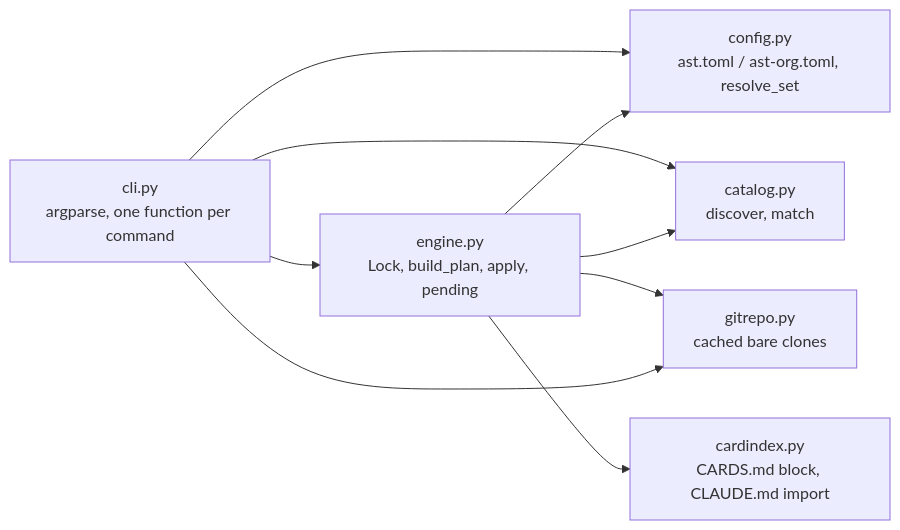
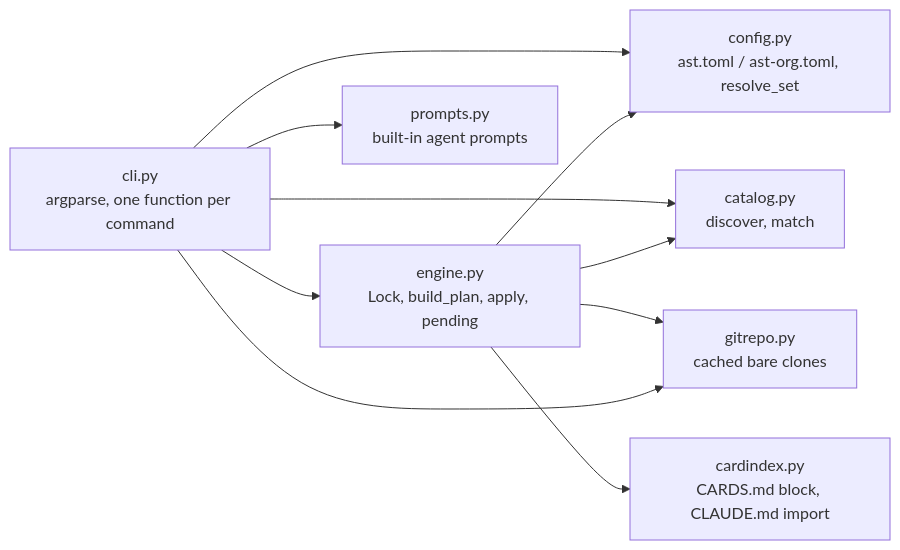
Before and after one commit to epatel/ai-setup-tool: the diagram in cards/architecture.md, drawn with Mermaid. The commit also changed other lines of this file and 7 other files, not shown here.

````diff
--- a/cards/architecture.md
+++ b/cards/architecture.md
@@ -5,11 +5,12 @@
 ```mermaid
 flowchart LR
     cli[cli.py<br>argparse, one function per command] --> config[config.py<br>ast.toml / ast-org.toml, resolve_set]
     cli --> engine[engine.py<br>Lock, build_plan, apply, pending]
     cli --> catalog[catalog.py<br>discover, match]
     engine --> config
     engine --> catalog
     engine --> gitrepo[gitrepo.py<br>cached bare clones]
     cli --> gitrepo
     engine --> cardindex[cardindex.py<br>CARDS.md block, CLAUDE.md import]
+    cli --> prompts[prompts.py<br>built-in agent prompts]
 ```
````
